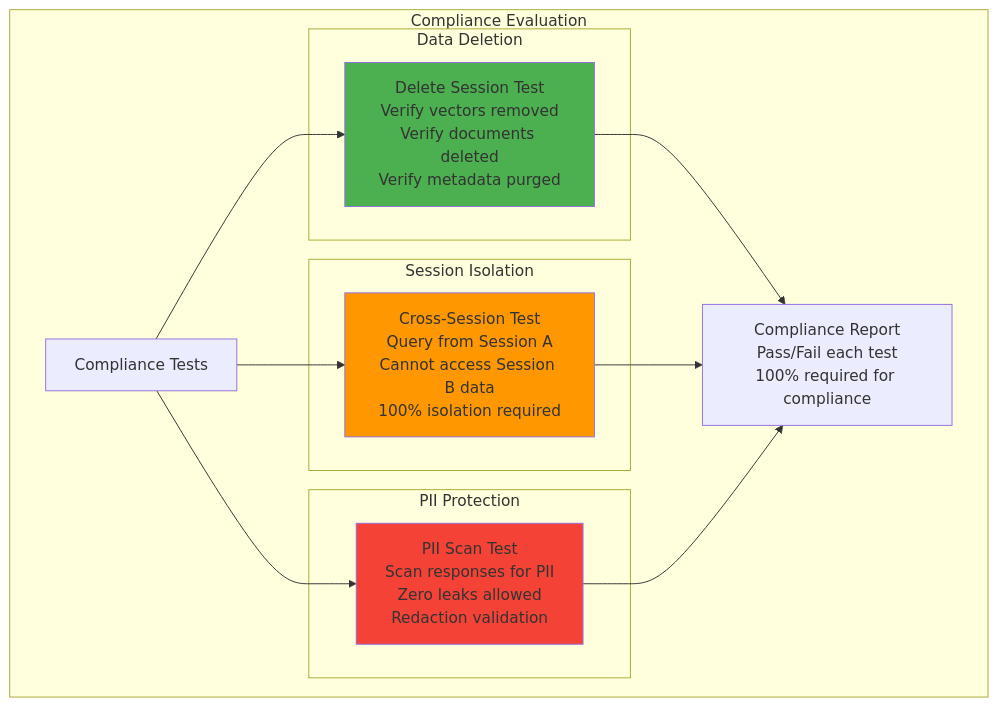
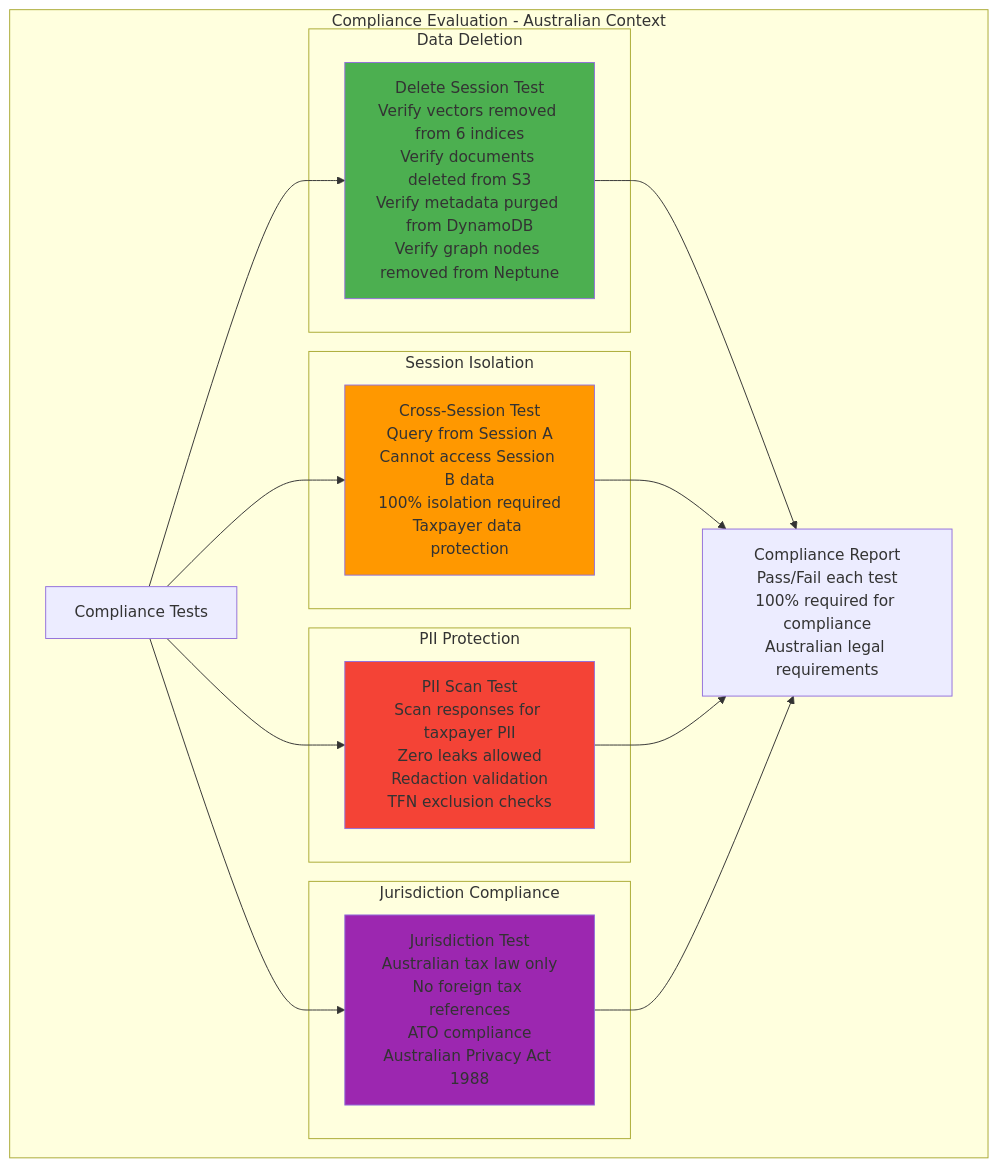
The ninth of 9 diagrams in case_assistant/system_design/05-evaluation-strategy.md (anguyenbus/case_chat), drawn with Mermaid before and after one commit. The commit also changed other lines of this file, not shown here.

Commit message:
[design] fix evaluation

````diff
--- a/case_assistant/system_design/05-evaluation-strategy.md
+++ b/case_assistant/system_design/05-evaluation-strategy.md
@@ -462,32 +698,39 @@
 ```mermaid
 graph TB
-    subgraph "Compliance Evaluation"
+    subgraph "Compliance Evaluation - Australian Context"
         COMP[Compliance Tests]
 
         subgraph "Data Deletion"
-            DEL[Delete Session Test<br>Verify vectors removed<br>Verify documents deleted<br>Verify metadata purged]
+            DEL[Delete Session Test<br/>Verify vectors removed from 6 indices<br/>Verify documents deleted from S3<br/>Verify metadata purged from DynamoDB<br/>Verify graph nodes removed from Neptune]
         end
 
         subgraph "Session Isolation"
-            ISO[Cross-Session Test<br>Query from Session A<br>Cannot access Session B data<br>100% isolation required]
+            ISO[Cross-Session Test<br/>Query from Session A<br/>Cannot access Session B data<br/>100% isolation required<br/>Taxpayer data protection]
         end
 
         subgraph "PII Protection"
-            PII[PII Scan Test<br>Scan responses for PII<br>Zero leaks allowed<br>Redaction validation]
+            PII[PII Scan Test<br/>Scan responses for taxpayer PII<br/>Zero leaks allowed<br/>Redaction validation<br/>TFN exclusion checks]
         end
 
-        REPORT[Compliance Report<br>Pass/Fail each test<br>100% required for compliance]
+        subgraph "Jurisdiction Compliance"
+            JURIS[Jurisdiction Test<br/>Australian tax law only<br/>No foreign tax references<br/>ATO compliance<br/>Australian Privacy Act 1988]
+        end
+
+        REPORT[Compliance Report<br/>Pass/Fail each test<br/>100% required for compliance<br/>Australian legal requirements]
     end
 
     COMP --> DEL
     COMP --> ISO
     COMP --> PII
+    COMP --> JURIS
 
     DEL --> REPORT
     ISO --> REPORT
     PII --> REPORT
+    JURIS --> REPORT
 
     style DEL fill:#4CAF50
     style ISO fill:#FF9800
     style PII fill:#F44336
+    style JURIS fill:#9C27B0
 ```
````
